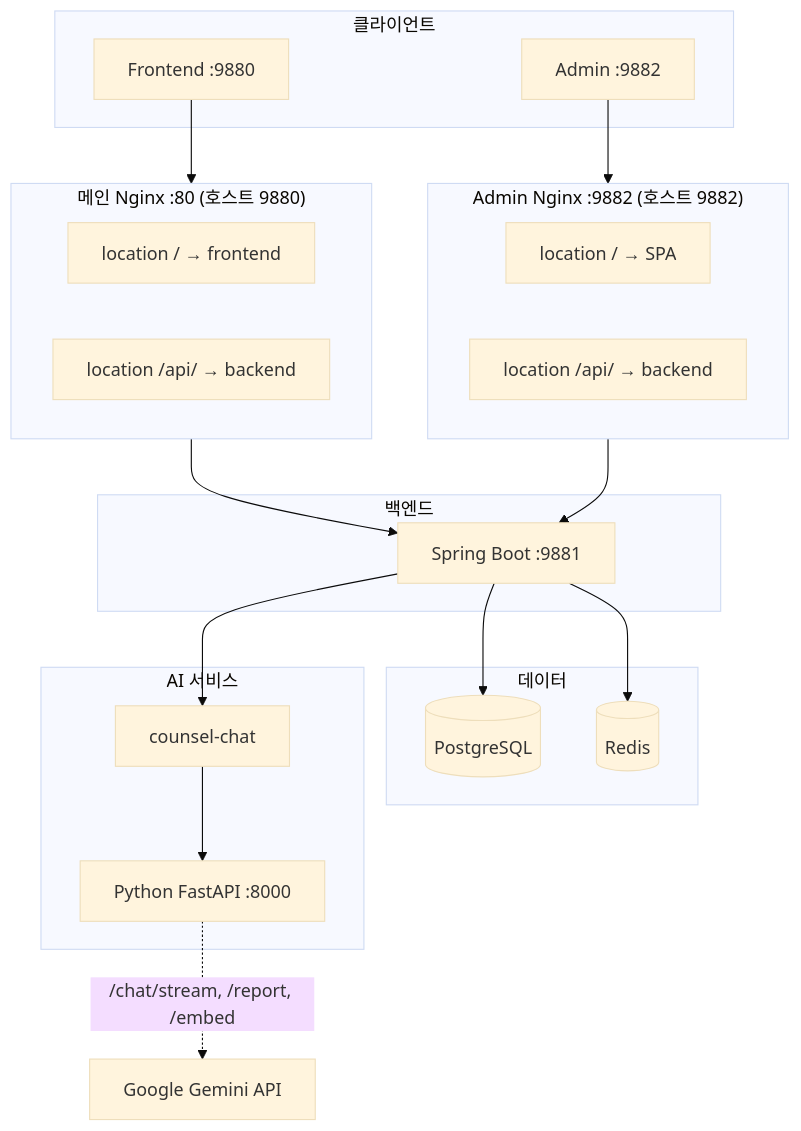
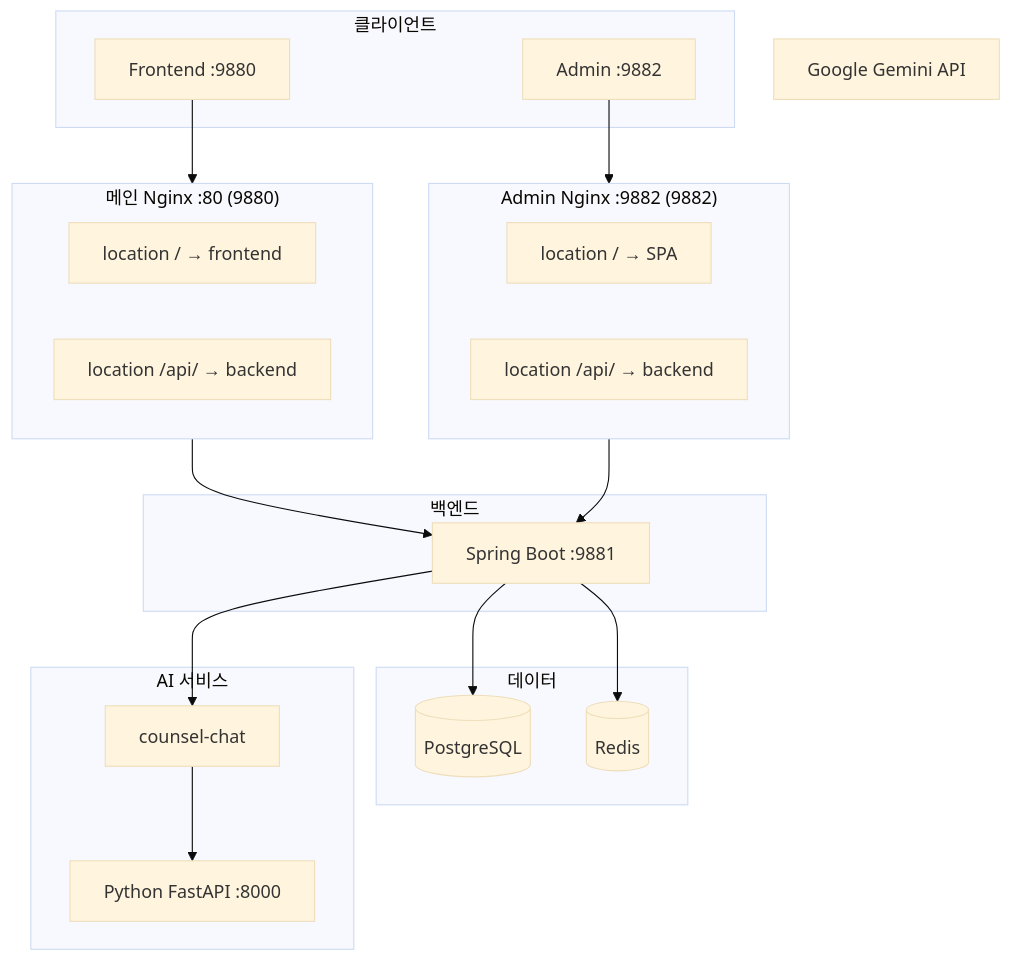
Before and after one commit to BigHwangTaeYeon/portfolio: the first of 2 diagrams in index.md, drawn with Mermaid (base theme).

Commit message:
Refine Nginx subgraph labels in index.md
Updated Nginx subgraph labels for clarity and consistency.

````diff
--- a/index.md
+++ b/index.md
@@ -213,43 +213,42 @@
 ```mermaid
 flowchart TB
     subgraph Client["클라이언트"]
         FE[Frontend :9880]
         Admin[Admin :9882]
     end
 
-    subgraph MainNginx["메인 Nginx :80 (호스트 9880)"]
+    subgraph MainNginx["메인 Nginx :80 (9880)"]
         N1[location / → frontend]
         N2[location /api/ → backend]
     end
 
-    subgraph AdminNginx["Admin Nginx :9882 (호스트 9882)"]
+    subgraph AdminNginx["Admin Nginx :9882 (9882)"]
         A1[location / → SPA]
         A2[location /api/ → backend]
     end
 
     subgraph Backend["백엔드"]
         Spring[Spring Boot :9881]
     end
 
     subgraph Data["데이터"]
         PG[(PostgreSQL)]
         Redis[(Redis)]
     end
 
     subgraph AI["AI 서비스"]
         Chat[counsel-chat]
         Python[Python FastAPI :8000]
     end
 
     Ext[Google Gemini API]
 
     FE --> MainNginx
     Admin --> AdminNginx
     MainNginx --> Spring
     AdminNginx --> Spring
     Spring --> PG
     Spring --> Redis
     Spring --> Chat
     Chat --> Python
-    Python -.->|/chat/stream, /report, /embed| Ext
 ```
````
